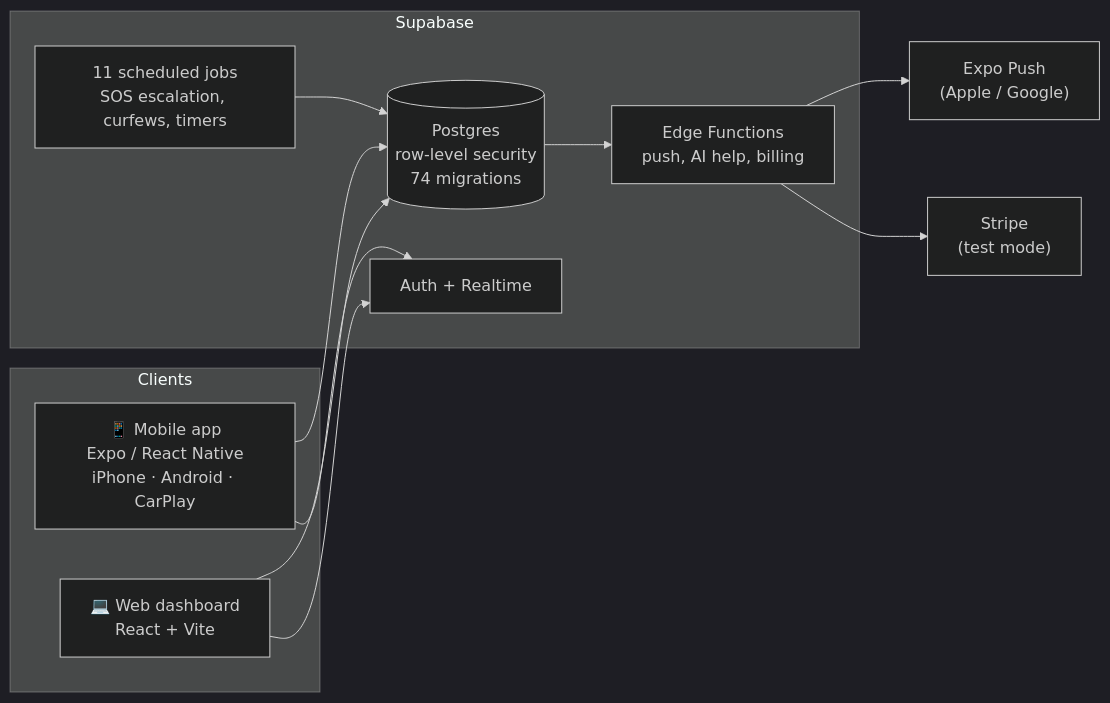
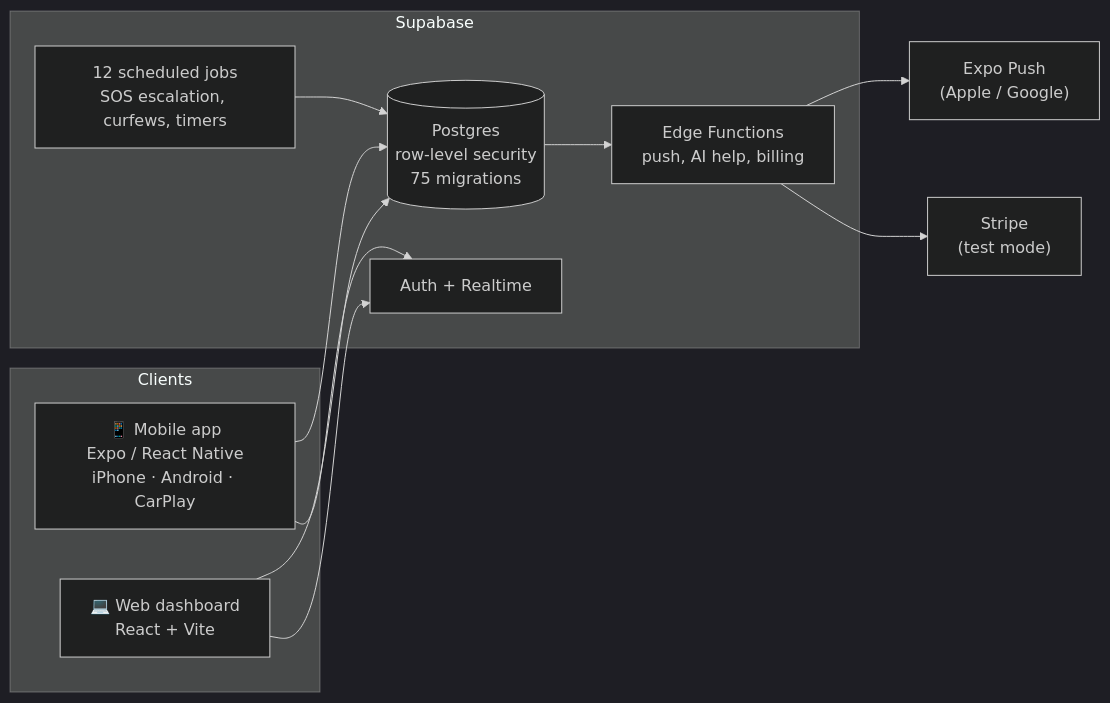
The diagram in README.md (Avi0790/safe-circle), drawn with Mermaid (dark theme) before and after one commit. The commit also changed other lines of this file and 24 other files, not shown here.

````diff
--- a/README.md
+++ b/README.md
@@ -111,21 +112,21 @@
 ```mermaid
 flowchart LR
     subgraph Clients
         A["📱 Mobile app<br/>Expo / React Native<br/>iPhone · Android · CarPlay"]
         W["💻 Web dashboard<br/>React + Vite"]
     end
     subgraph Supabase
-        DB[("Postgres<br/>row-level security<br/>74 migrations")]
+        DB[("Postgres<br/>row-level security<br/>75 migrations")]
         AU["Auth + Realtime"]
-        CR["11 scheduled jobs<br/>SOS escalation, curfews, timers"]
+        CR["12 scheduled jobs<br/>SOS escalation, curfews, timers"]
         EF["Edge Functions<br/>push, AI help, billing"]
     end
     A --> DB
     W --> DB
     A --> AU
     W --> AU
     CR --> DB
     DB --> EF
     EF --> P["Expo Push<br/>(Apple / Google)"]
     EF --> S["Stripe<br/>(test mode)"]
 ```
````
